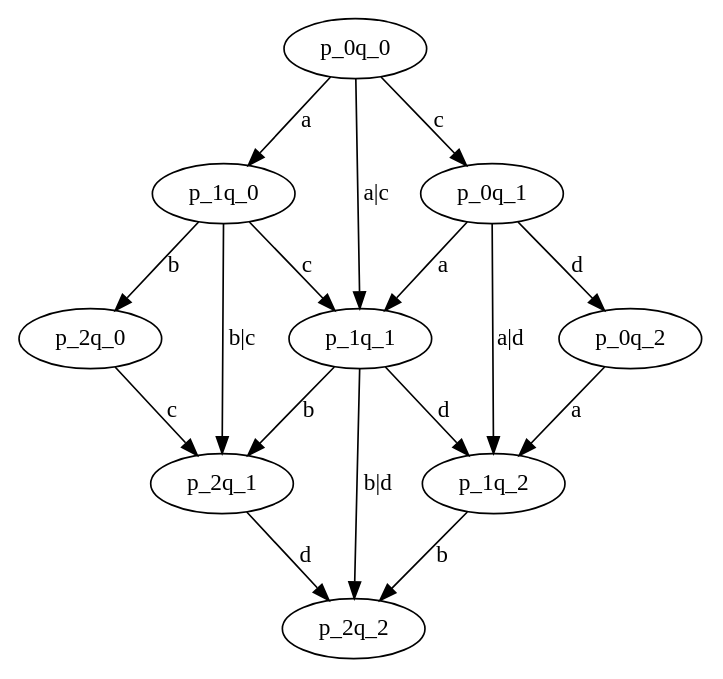
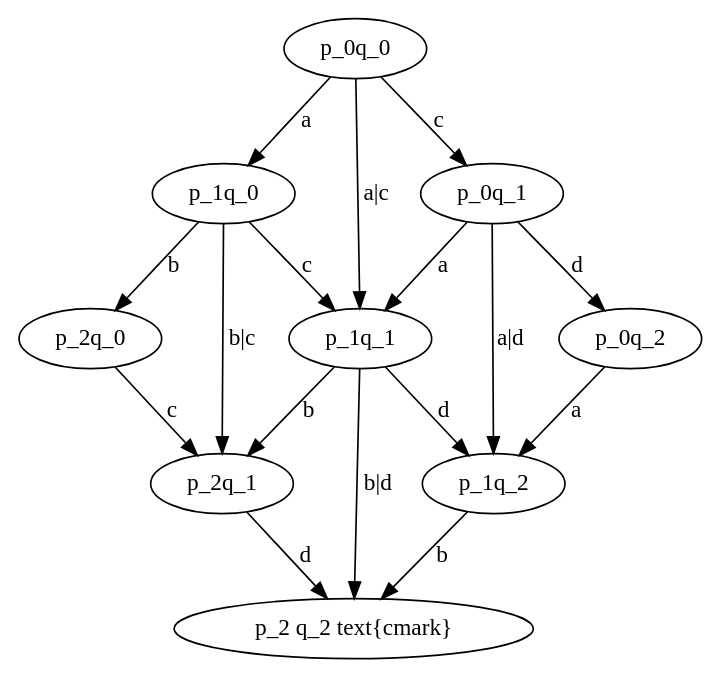
One commit to hhassan1/ConcurrentSystemsTFG changed the diagram in doc/dot/ParallelComposition/PQ.dot. Above: the diagram before and after it, drawn with Graphviz. The commit also changed 76 other files, not shown here.

```diff
--- a/doc/dot/ParallelComposition/PQ.dot
+++ b/doc/dot/ParallelComposition/PQ.dot
@@ -1,21 +1,22 @@
 digraph LTSPQ {
     p_0q_0 -> p_1q_0 [label="a"];
     p_0q_0 -> p_1q_1 [label="a|c"];
     p_0q_0 -> p_0q_1 [label="c"];
     p_0q_1 -> p_1q_1 [label="a"];
     p_0q_1 -> p_1q_2 [label="a|d"];
     p_0q_1 -> p_0q_2 [label="d"];
     p_0q_2 -> p_1q_2 [label="a"];
     p_1q_0 -> p_2q_0 [label="b"];
     p_1q_0 -> p_2q_1 [label="b|c"];
     p_1q_0 -> p_1q_1 [label="c"];
     p_1q_1 -> p_2q_1 [label="b"];
     p_1q_1 -> p_2q_2 [label="b|d"];
     p_1q_1 -> p_1q_2 [label="d"];
     p_1q_2 -> p_2q_2 [label="b"];
     p_2q_0 -> p_2q_1 [label="c"];
     p_2q_1 -> p_2q_2 [label="d"];
+    p_2q_2 [label="p_2 q_2 \text{\cmark}"]
     {rank = same; p_0q_1; p_1q_0}
     {rank = same; p_2q_0; p_1q_1; p_0q_2}
     {rank = same; p_2q_1; p_1q_2}
 }
```
